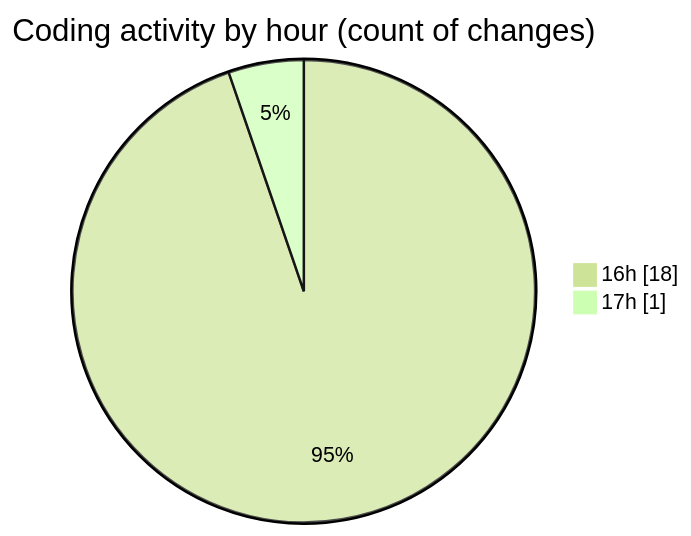
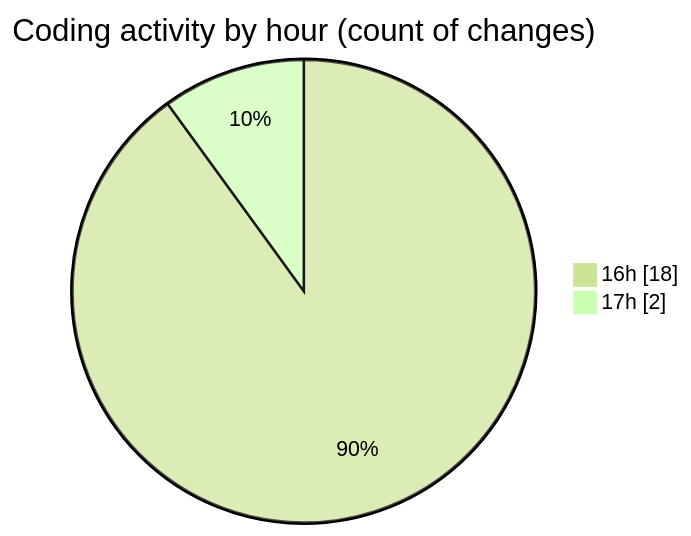
Before and after one commit to donsfak/code-tracking: the second of 2 diagrams in 2025-02-27/uber_clone/README.md, drawn with Mermaid (forest theme). The commit also changed other lines of this file and 1 other file, not shown here.

````diff
--- a/2025-02-27/uber_clone/README.md
+++ b/2025-02-27/uber_clone/README.md
@@ -28,6 +28,6 @@
 ```mermaid
 pie showData
 title Coding activity by hour (count of changes)
 "16h" : 18
-"17h" : 1
+"17h" : 2
 ```
````
